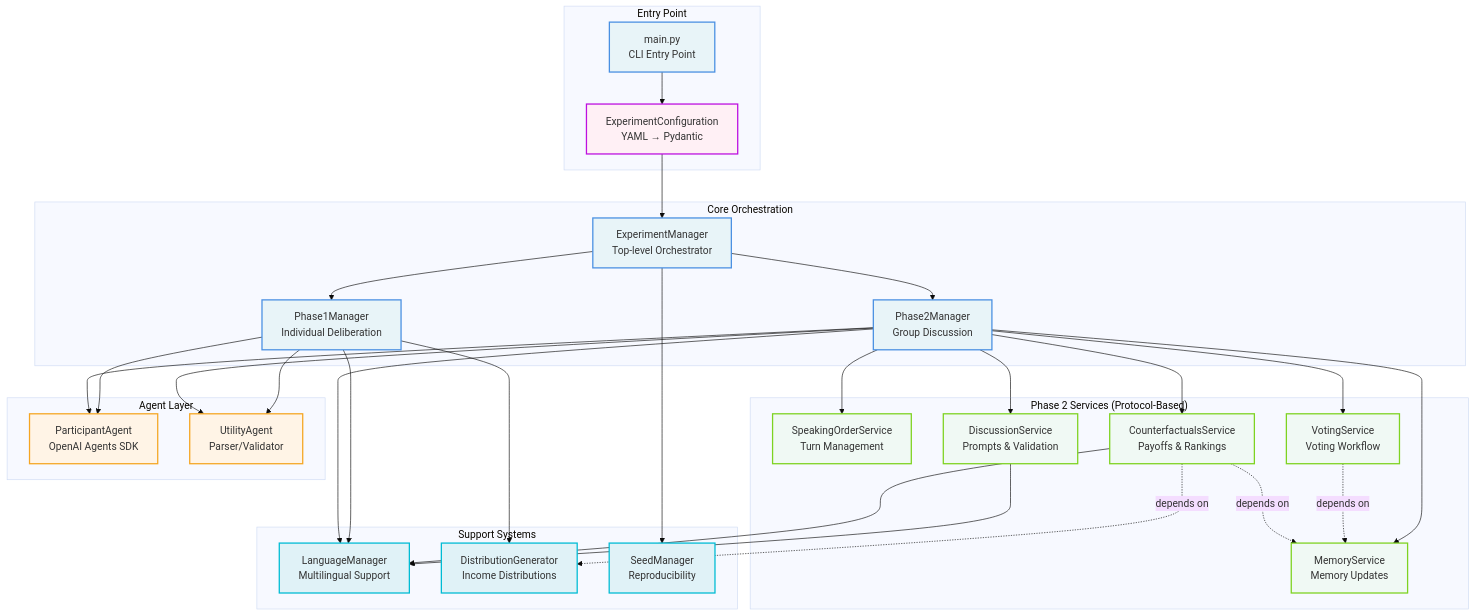
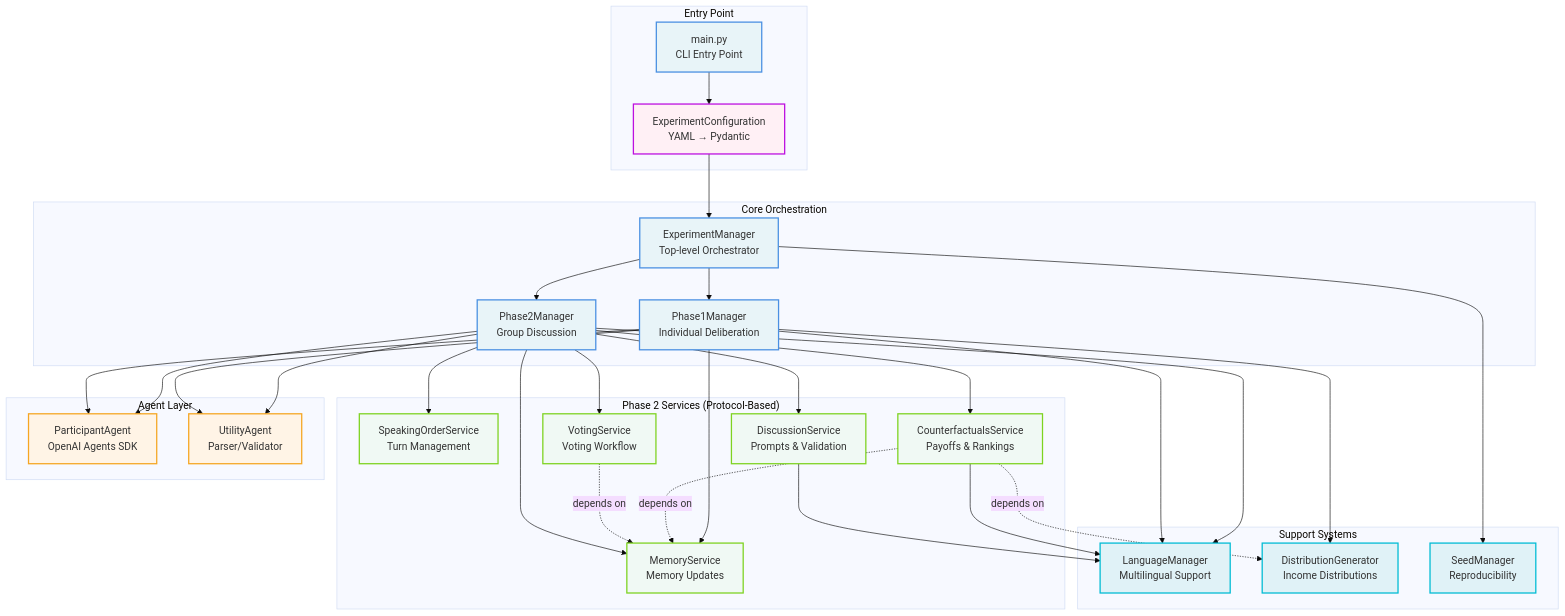
The first of 3 diagrams in TECHNICAL_ARCHITECTURE.md (Lucas-Mueller/Master-Thesis-Lucas-Mueller), drawn with Mermaid (base theme) before and after one commit. The commit also changed other lines of this file, not shown here.

Commit message:
imrpoved graphic

````diff
--- a/TECHNICAL_ARCHITECTURE.md
+++ b/TECHNICAL_ARCHITECTURE.md
@@ -40,73 +40,74 @@
 ```mermaid
 graph TB
     subgraph "Entry Point"
         Main[main.py<br/>CLI Entry Point]
         Config[ExperimentConfiguration<br/>YAML → Pydantic]
     end
 
     subgraph "Core Orchestration"
         EM[ExperimentManager<br/>Top-level Orchestrator]
         P1M[Phase1Manager<br/>Individual Deliberation]
         P2M[Phase2Manager<br/>Group Discussion]
     end
 
     subgraph "Phase 2 Services (Protocol-Based)"
         SOS[SpeakingOrderService<br/>Turn Management]
         DS[DiscussionService<br/>Prompts & Validation]
         VS[VotingService<br/>Voting Workflow]
         MS[MemoryService<br/>Memory Updates]
         CS[CounterfactualsService<br/>Payoffs & Rankings]
     end
 
     subgraph "Agent Layer"
         PA[ParticipantAgent<br/>OpenAI Agents SDK]
         UA[UtilityAgent<br/>Parser/Validator]
     end
 
     subgraph "Support Systems"
         LM[LanguageManager<br/>Multilingual Support]
         DG[DistributionGenerator<br/>Income Distributions]
         SM[SeedManager<br/>Reproducibility]
     end
 
     Main --> Config
     Config --> EM
     EM --> P1M
     EM --> P2M
 
     P2M --> SOS
     P2M --> DS
     P2M --> VS
     P2M --> MS
     P2M --> CS
 
     VS -.depends on.-> MS
     CS -.depends on.-> MS
     CS -.depends on.-> DG
 
     P1M --> PA
     P1M --> UA
+    P1M --> MS
     P2M --> PA
     P2M --> UA
 
     P1M --> LM
     P2M --> LM
     DS --> LM
     CS --> LM
 
     P1M --> DG
     EM --> SM
 
     %% Styling
     classDef coreStyle fill:#E8F4F8,stroke:#4A90E2,stroke-width:2px
     classDef serviceStyle fill:#F0F9F4,stroke:#7ED321,stroke-width:2px
     classDef agentStyle fill:#FFF4E6,stroke:#F5A623,stroke-width:2px
     classDef supportStyle fill:#E0F2F7,stroke:#00BCD4,stroke-width:2px
     classDef configStyle fill:#FFF0F5,stroke:#BD10E0,stroke-width:2px
 
     class Main,EM,P1M,P2M coreStyle
     class SOS,DS,VS,MS,CS serviceStyle
     class PA,UA agentStyle
     class LM,DG,SM supportStyle
     class Config configStyle
 ```
````
